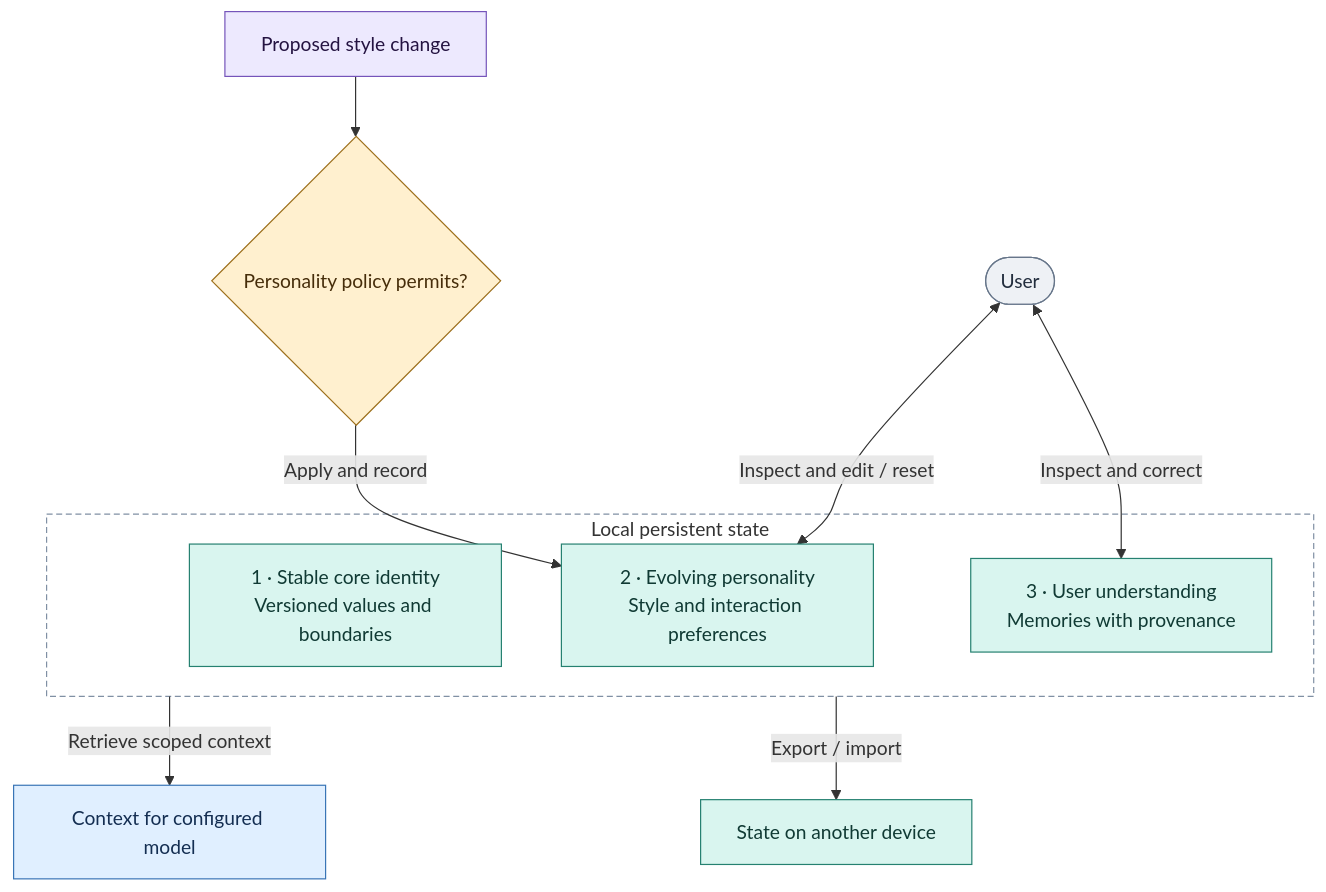
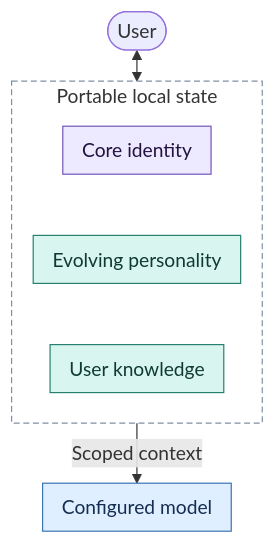
The first of 2 diagrams in docs/PERSONALITY.md (nsusheel/Bunny.ai), drawn with Mermaid before and after one commit. The commit also changed other lines of this file and 6 other files, not shown here.

Commit message:
docs: refine architecture visual design and reduce diagram density (#4)

````diff
--- a/docs/PERSONALITY.md
+++ b/docs/PERSONALITY.md
@@ -11,29 +11,31 @@
 ```mermaid
+---
+config:
+  flowchart:
+    nodeSpacing: 16
+    rankSpacing: 26
+    padding: 8
+    subGraphTitleMargin:
+      bottom: 12
+---
 flowchart TB
-    accTitle: Portable local identity and memory
-    accDescr: Stable core identity, evolving personality and knowledge about the user form separate local layers. Users can inspect and correct state. A policy check controls proposed style changes. Relevant state is retrieved for the configured model and can be exported and imported on another device.
-    User([User])
-    subgraph Local["Local persistent state"]
-        Core["1 · Stable core identity<br/>Versioned values and boundaries"]
-        Style["2 · Evolving personality<br/>Style and interaction preferences"]
-        Knowledge["3 · User understanding<br/>Memories with provenance"]
+    accTitle: Three layers of portable identity and memory
+    accDescr: Core identity, evolving personality and user knowledge are distinct layers on the user's hardware. Users can manage and move the state. Models receive scoped context and can propose style changes, which are checked by policy before being applied to evolving personality.
+    subgraph State["Portable local state"]
+        direction TB
+        I["Core identity"]
+        P["Evolving personality"]
+        K["User knowledge"]
+        I ~~~ P ~~~ K
     end
-    Proposal["Proposed style change"] --> Policy{"Personality policy permits?"}
-    Policy -->|"Apply and record"| Style
-    User <-->|"Inspect and edit / reset"| Style
-    User <-->|"Inspect and correct"| Knowledge
-    Local -->|"Retrieve scoped context"| Context["Context for configured model"]
-    Local -->|"Export / import"| Move["State on another device"]
+    U([User]) <--> State
+    State -->|Scoped context| M["Configured model"]
 
     classDef core fill:#ede9fe,stroke:#7554ba,color:#241341
     classDef state fill:#d9f5ef,stroke:#268171,color:#103a34
     classDef model fill:#e0efff,stroke:#3975b6,color:#142e52
-    classDef gate fill:#fff0cf,stroke:#9d701d,color:#462d0a
-    classDef neutral fill:#eef1f5,stroke:#67768a,color:#222d3d
-    class Proposal core
-    style Local fill:transparent,stroke:#8090a4,stroke-dasharray:5 3
-    class Core,Style,Knowledge,Move state
-    class Context model
-    class Policy gate
-    class User neutral
+    style State fill:transparent,stroke:#8090a4,stroke-dasharray:5 3
+    class I core
+    class P,K state
+    class M model
 ```
````
